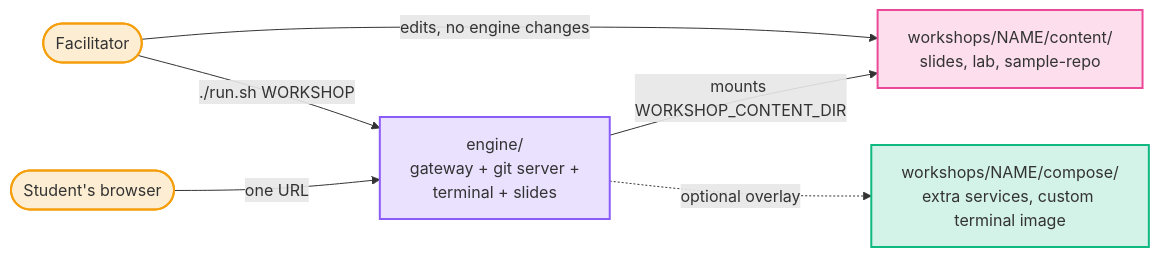
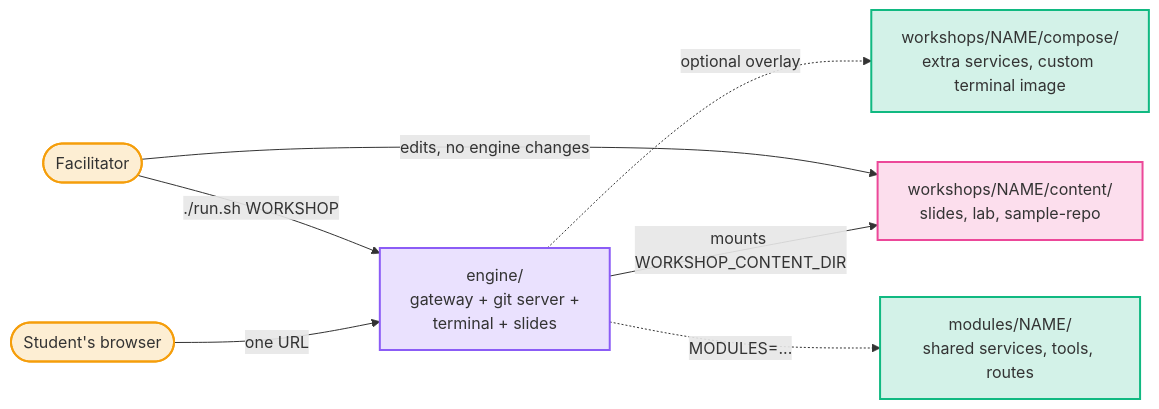
Before and after one commit to fiddler110/GitOps_Dojo: the first of 14 diagrams in README.md, drawn with Mermaid. The commit also changed other lines of this file and 2 other files, not shown here.

First line of the commit message:
Document extensions and modules for workshop authors (M3 T3.1)

````diff
--- a/README.md
+++ b/README.md
@@ -141,17 +146,18 @@
 ```mermaid
 graph LR
     Student(["Student's browser"]) -->|"one URL"| Gateway["engine/<br/>gateway + git server +<br/>terminal + slides"]
     Facilitator(["Facilitator"]) -->|"./run.sh WORKSHOP"| Gateway
     Gateway -->|"mounts WORKSHOP_CONTENT_DIR"| Content["workshops/NAME/content/<br/>slides, lab, sample-repo"]
     Gateway -.->|"optional overlay"| Extra["workshops/NAME/compose/<br/>extra services, custom terminal image"]
+    Gateway -.->|"MODULES=..."| Mods["modules/NAME/<br/>shared services, tools, routes"]
     Facilitator -->|"edits, no engine changes"| Content
 
     classDef addon fill:#10b9812e,stroke:#10b981,stroke-width:2px
     classDef content fill:#ec48992e,stroke:#ec4899,stroke-width:2px
     classDef gw fill:#8b5cf62e,stroke:#8b5cf6,stroke-width:2px
     classDef person fill:#f59e0b2e,stroke:#f59e0b,stroke-width:2px
-    class Extra addon
+    class Extra,Mods addon
     class Content content
     class Gateway gw
     class Student,Facilitator person
 ```
````
